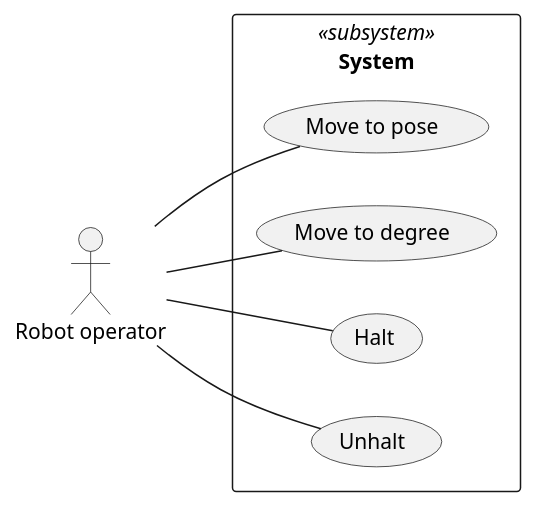
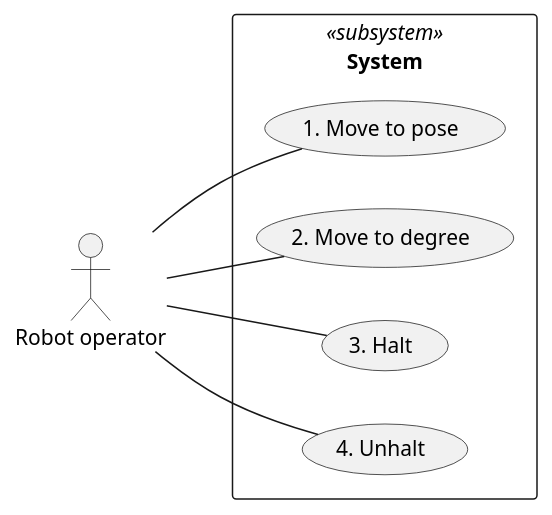
One commit to bscp/al5d_cpp changed the diagram in doc/use_case_diagram.puml. Above: the diagram before and after it, drawn with PlantUML. The commit also changed 9 other files, not shown here.

Commit message:
Update UML diagrams

```diff
--- a/doc/use_case_diagram.puml
+++ b/doc/use_case_diagram.puml
@@ -1,19 +1,19 @@
 @startuml
 
 left to right direction
 
 actor "Robot operator" as robot_operator
 
 rectangle "**System**" <<subsystem>> {
-    (Move to pose) as move_to_pose
-    (Move to degree) as move_to_degree
-    (Halt) as halt
-    (Unhalt) as unhalt
+    (1. Move to pose) as move_to_pose
+    (2. Move to degree) as move_to_degree
+    (3. Halt) as halt
+    (4. Unhalt) as unhalt
 }
 
 robot_operator -- move_to_degree
 robot_operator -- move_to_pose
 robot_operator -- unhalt
 robot_operator -- halt
 
 @enduml
```
